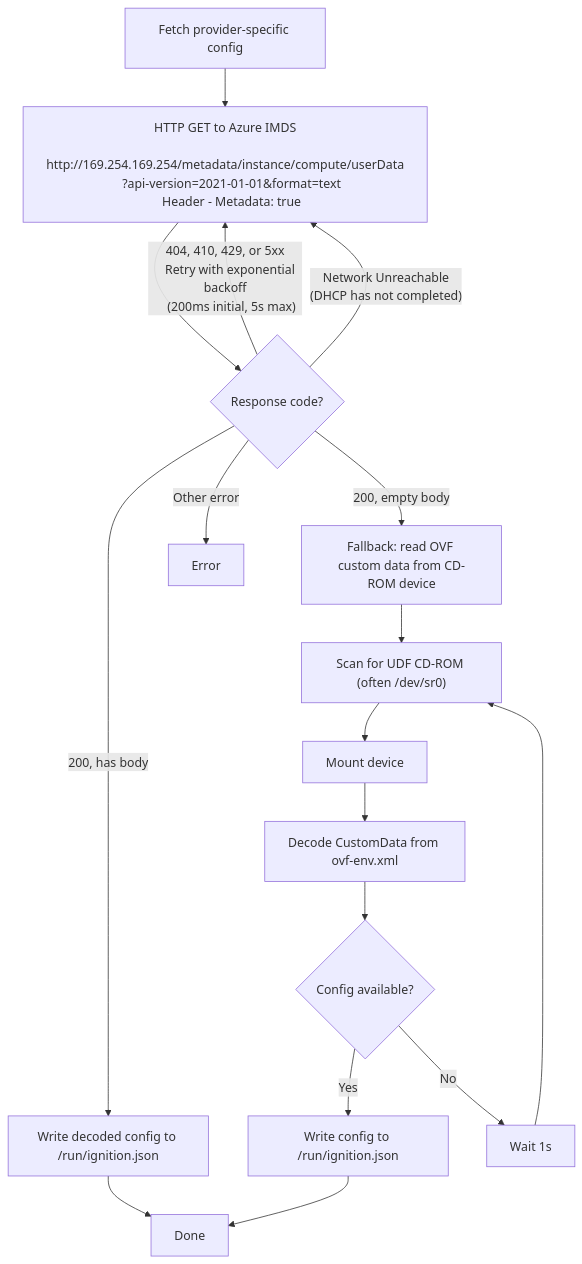
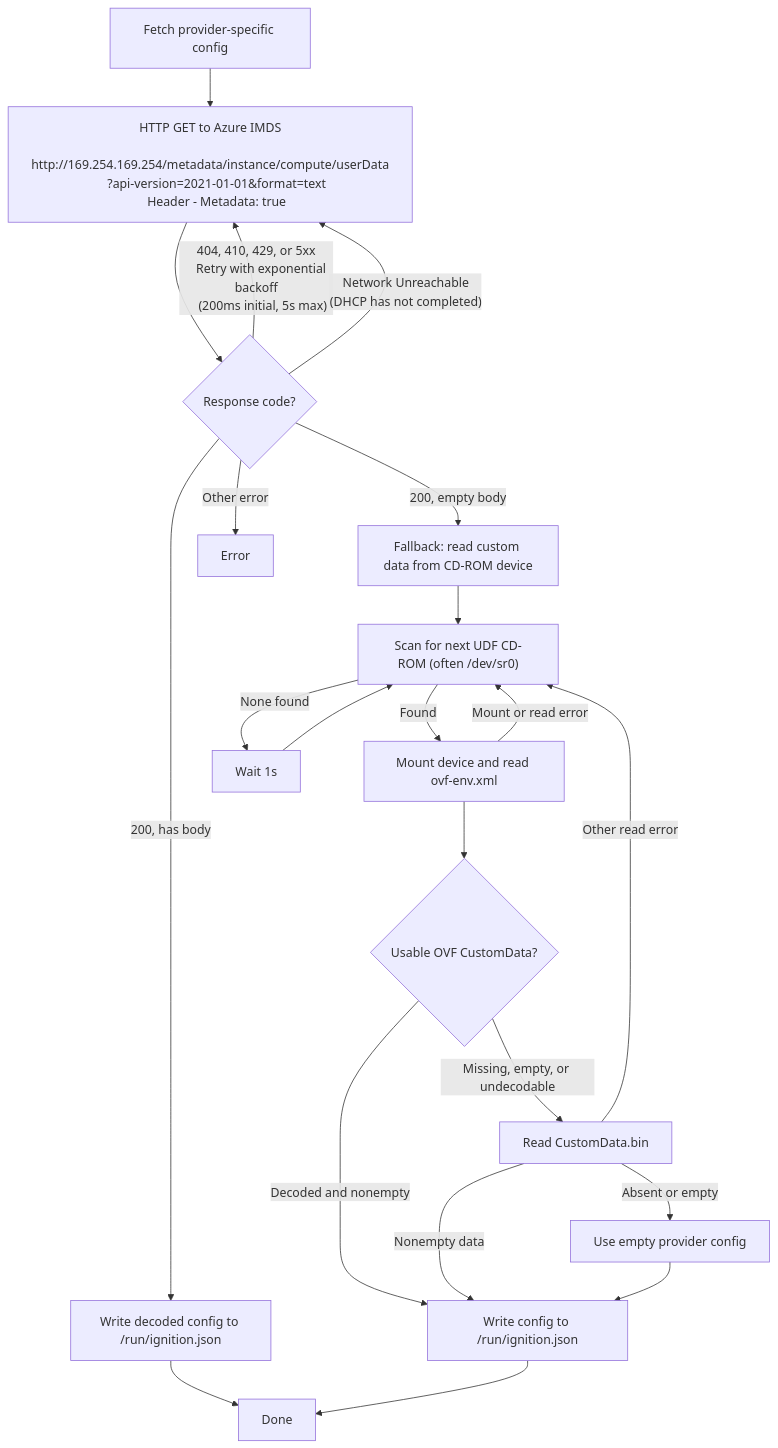
Before and after one commit to coreos/ignition: the second of 2 diagrams in docs/ignition-flow.md, drawn with Mermaid. The commit also changed 3 other files, not shown here.

Commit message:
providers/azure: fall back to CustomData.bin

````diff
--- a/docs/ignition-flow.md
+++ b/docs/ignition-flow.md
@@ -137,29 +137,34 @@
 ```mermaid
 flowchart TB
     %% ===== AZURE PROVIDER-SPECIFIC CONFIG FETCH =====
 
     start["Fetch provider-specific config"] --> imds_request["HTTP GET to Azure IMDS
     http://169.254.169.254/metadata/instance/compute/userData
     ?api-version=2021-01-01&format=text
     Header - Metadata: true"]
 
     imds_request --> imds_retry{"Response code?"}
     imds_retry -->|"404, 410, 429, or 5xx
     Retry with exponential backoff
     (200ms initial, 5s max)"| imds_request
     imds_retry -->|"Network Unreachable
     (DHCP has not completed)"| imds_request
     imds_retry -->|200, empty body| fallback_ovf
     imds_retry -->|200, has body| write_config["Write decoded config to /run/ignition.json"]
     imds_retry -->|Other error| error["Error"]
     write_config --> done["Done"]
 
-    fallback_ovf["Fallback: read OVF custom data from CD-ROM device"]
-    fallback_ovf --> scan["Scan for UDF CD-ROM (often /dev/sr0)"]
-    scan --> mount["Mount device"]
-    mount --> read["Decode CustomData from ovf-env.xml"]
-    read --> available{"Config available?"}
-    available -->|Yes| write_device["Write config to /run/ignition.json"]
+    fallback_ovf["Fallback: read custom data from CD-ROM device"]
+    fallback_ovf --> scan["Scan for next UDF CD-ROM (often /dev/sr0)"]
+    scan -->|Found| read["Mount device and read ovf-env.xml"]
+    scan -->|None found| wait["Wait 1s"] --> scan
+    read -->|Mount or read error| scan
+    read --> available{"Usable OVF CustomData?"}
+    available -->|Decoded and nonempty| write_device["Write config to /run/ignition.json"]
+    available -->|Missing, empty, or undecodable| read_bin["Read CustomData.bin"]
+    read_bin -->|Nonempty data| write_device
+    read_bin -->|Absent or empty| empty["Use empty provider config"]
+    read_bin -->|Other read error| scan
+    empty --> write_device
     write_device --> done
-    available -->|No| wait["Wait 1s"] --> scan
 ```
````
